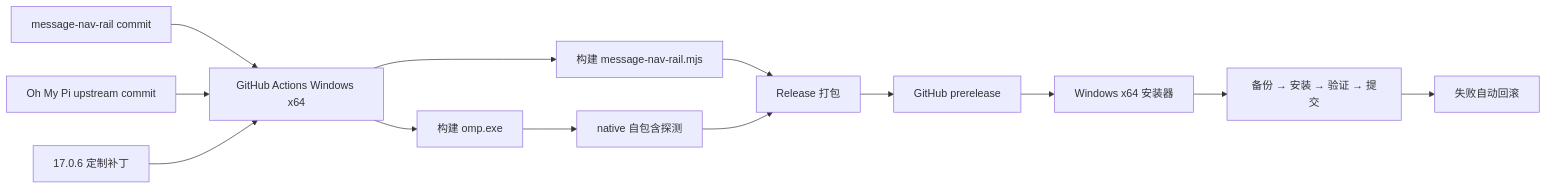
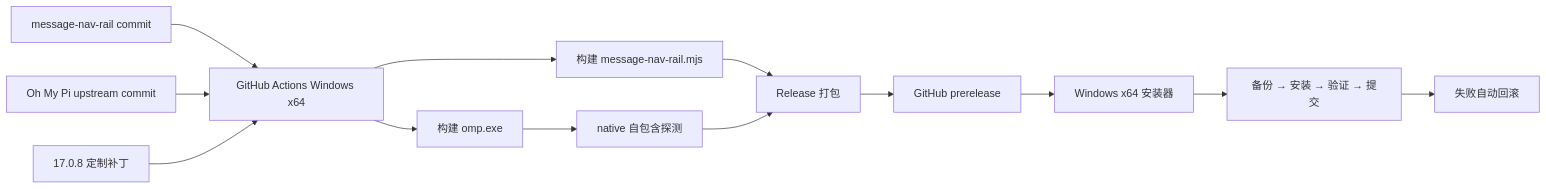
One commit to Frashmeat/message-nav-rail changed the diagram in docs/windows-x64-github-release-plan.md. Above: the diagram before and after it, drawn with Mermaid. The commit also changed other lines of this file and 12 other files, not shown here.

````diff
--- a/docs/windows-x64-github-release-plan.md
+++ b/docs/windows-x64-github-release-plan.md
@@ -71,15 +71,15 @@
 ```mermaid
 flowchart LR
     A["message-nav-rail commit"] --> C["GitHub Actions Windows x64"]
     B["Oh My Pi upstream commit"] --> C
-    P["17.0.6 定制补丁"] --> C
+    P["17.0.8 定制补丁"] --> C
     C --> D["构建 omp.exe"]
     C --> E["构建 message-nav-rail.mjs"]
     D --> F["native 自包含探测"]
     E --> G["Release 打包"]
     F --> G
     G --> H["GitHub prerelease"]
     H --> I["Windows x64 安装器"]
     I --> J["备份 → 安装 → 验证 → 提交"]
     J --> K["失败自动回滚"]
 ```
````
